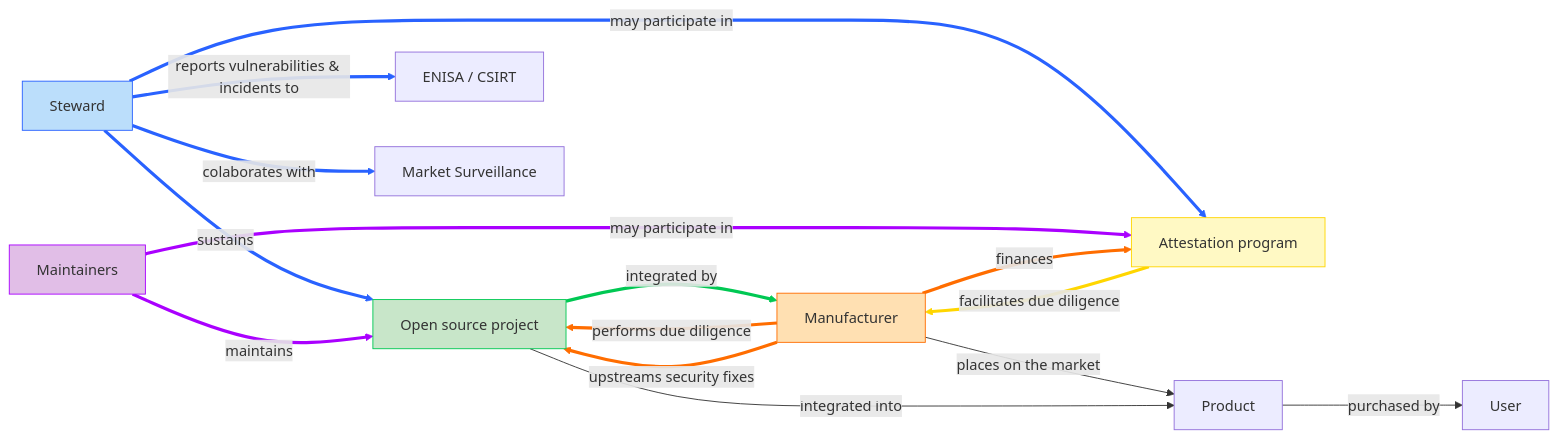
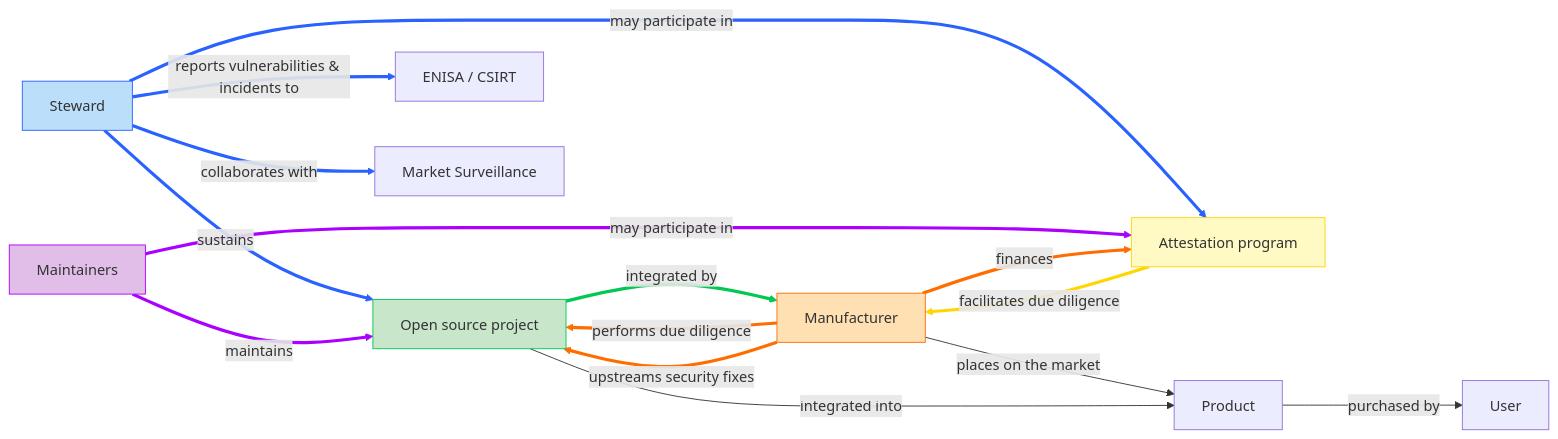
Before and after one commit to orcwg/orcwg: the first of 2 diagrams in cyber-resilience-sig/README.md, drawn with Mermaid. The commit also changed other lines of this file, not shown here.

````diff
--- a/cyber-resilience-sig/README.md
+++ b/cyber-resilience-sig/README.md
@@ -21,29 +23,29 @@
 ```mermaid
 flowchart LR
     foss["Open source project"] == integrated by ==> manufacturer["Manufacturer"] 
     manufacturer == performs due diligence ==> foss
     steward["Steward"] == reports vulnerabilities & incidents to ==> enisa["ENISA / CSIRT"]
-    steward == colaborates with ==> msa["Market Surveillance"]
+    steward == collaborates with ==> msa["Market Surveillance"]
     prog["Attestation program"] == facilitates due diligence ==> manufacturer
     steward == may participate in ==> prog
     maintainers["Maintainers"] == may participate in ==> prog
     manufacturer == finances ==> prog
     steward == sustains ==> foss
     maintainers == maintains ==> foss
     manufacturer == upstreams security fixes ==> foss
     manufacturer -- places on the market --> product["Product"]
     foss -- integrated into --> product
     product -- purchased by --> user["User"]
 
 
     style steward fill:#BBDEFB,stroke:#2962FF
     style foss fill:#C8E6C9,stroke:#00C853
     style manufacturer stroke:#FF6D00,fill:#FFE0B2
     style maintainers fill:#E1BEE7,stroke:#AA00FF
     style prog fill:#FFF9C4,stroke:#FFD600
     linkStyle 1,7,10 stroke:#FF6D00,fill:none
     linkStyle 2,3,5,8 stroke:#2962FF,fill:none
     linkStyle 6,9 stroke:#AA00FF,fill:none
     linkStyle 4 stroke:#FFD600,fill:none
     linkStyle 0 stroke:#00C853,fill:none
 ```
````
